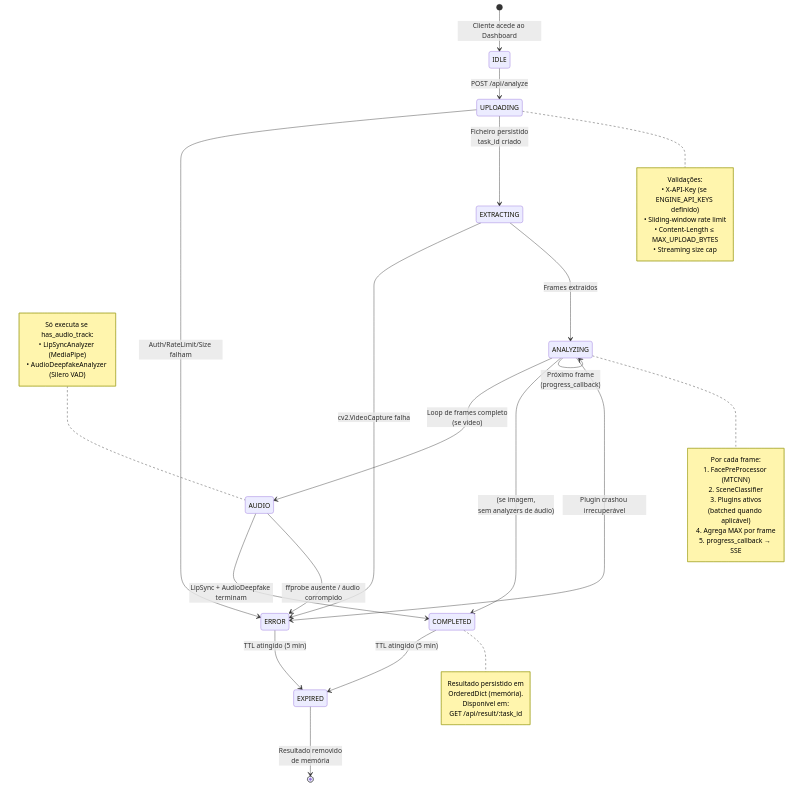
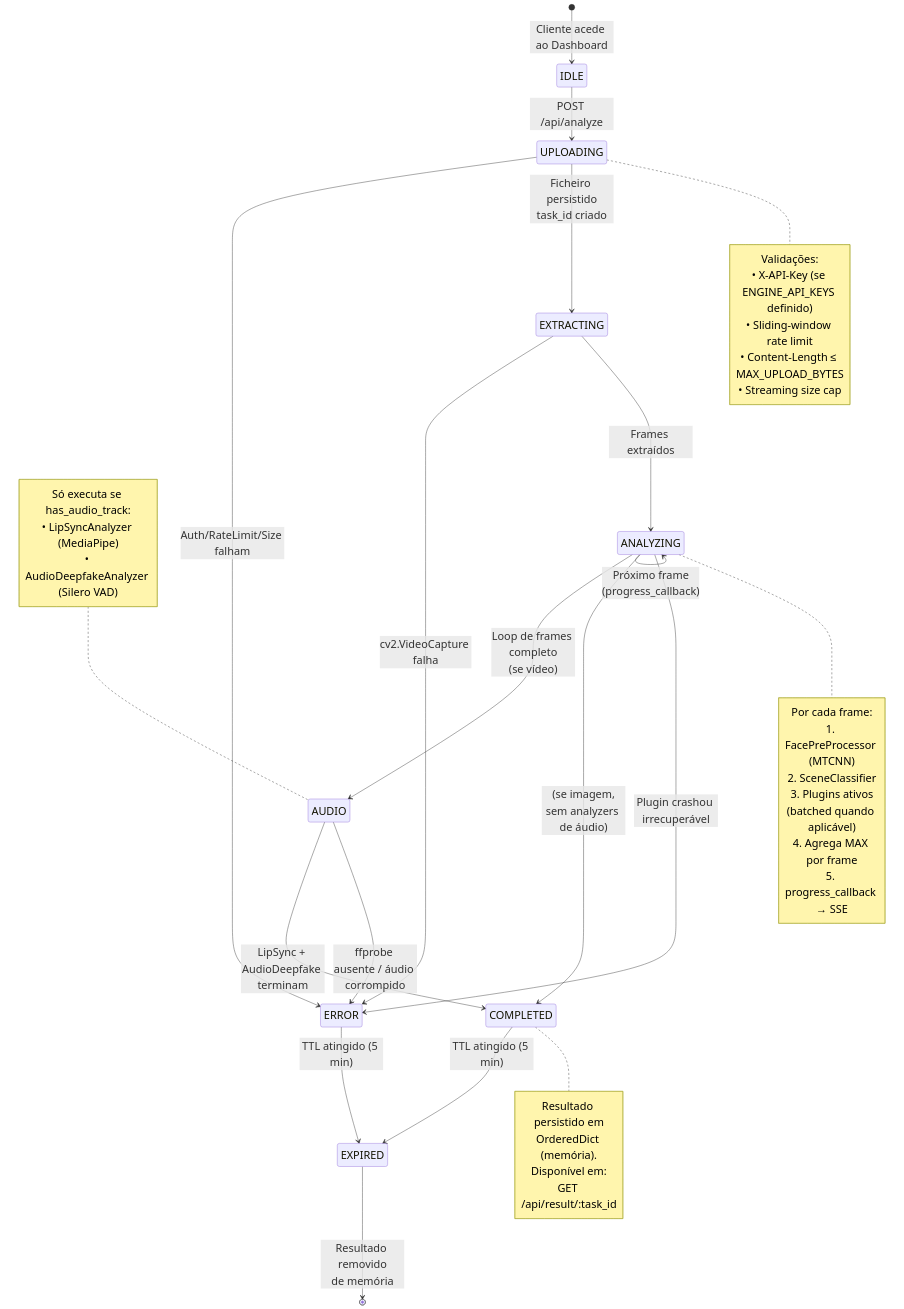
Before and after one commit to Americo05/DFForensics: the diagram in docs/uml/03_state.md, drawn with Mermaid. The commit also changed 8 other files, not shown here.

First line of the commit message:
docs: refresh README + regenerate UML diagrams with larger fonts

````diff
--- a/docs/uml/03_state.md
+++ b/docs/uml/03_state.md
@@ -7,54 +7,55 @@
 ```mermaid
+%%{init: {'themeVariables': {'fontSize': '26px', 'fontFamily': 'Inter, Arial, sans-serif'}, 'stateDiagram': {'padding': 20}}}%%
 stateDiagram-v2
     [*] --> IDLE: Cliente acede ao Dashboard
 
     IDLE --> UPLOADING: POST /api/analyze
     UPLOADING --> ERROR: Auth/RateLimit/Size falham
     UPLOADING --> EXTRACTING: Ficheiro persistido<br/>task_id criado
 
     EXTRACTING --> ERROR: cv2.VideoCapture falha
     EXTRACTING --> ANALYZING: Frames extraídos
 
     ANALYZING --> ANALYZING: Próximo frame<br/>(progress_callback)
     ANALYZING --> AUDIO: Loop de frames completo<br/>(se vídeo)
     ANALYZING --> COMPLETED: (se imagem,<br/>sem analyzers de áudio)
     ANALYZING --> ERROR: Plugin crashou irrecuperável
 
     AUDIO --> COMPLETED: LipSync + AudioDeepfake terminam
     AUDIO --> ERROR: ffprobe ausente / áudio corrompido
 
     COMPLETED --> EXPIRED: TTL atingido (5 min)
     ERROR --> EXPIRED: TTL atingido (5 min)
     EXPIRED --> [*]: Resultado removido<br/>de memória
 
     note right of UPLOADING
         Validações:
         • X-API-Key (se ENGINE_API_KEYS definido)
         • Sliding-window rate limit
         • Content-Length ≤ MAX_UPLOAD_BYTES
         • Streaming size cap
     end note
 
     note right of ANALYZING
         Por cada frame:
         1. FacePreProcessor (MTCNN)
         2. SceneClassifier
         3. Plugins ativos
            (batched quando aplicável)
         4. Agrega MAX por frame
         5. progress_callback → SSE
     end note
 
     note left of AUDIO
         Só executa se has_audio_track:
         • LipSyncAnalyzer (MediaPipe)
         • AudioDeepfakeAnalyzer (Silero VAD)
     end note
 
     note right of COMPLETED
         Resultado persistido em
         OrderedDict (memória).
         Disponível em:
         GET /api/result/:task_id
     end note
 ```
````
